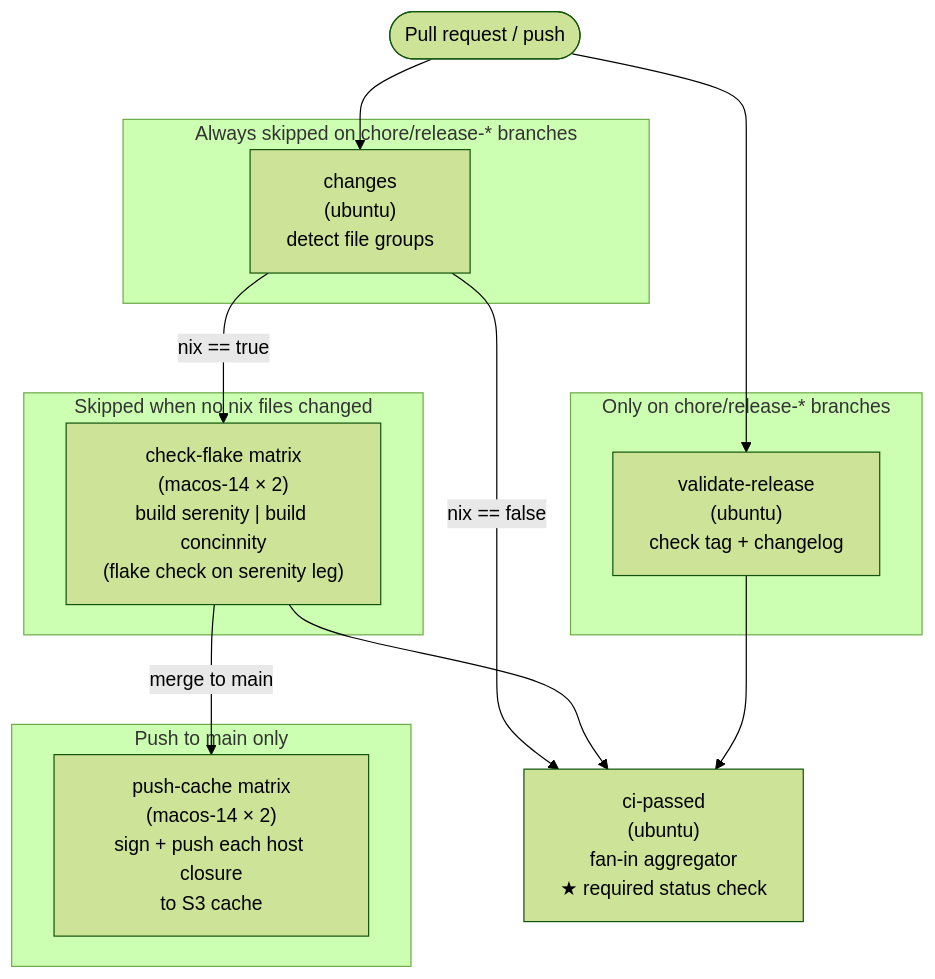
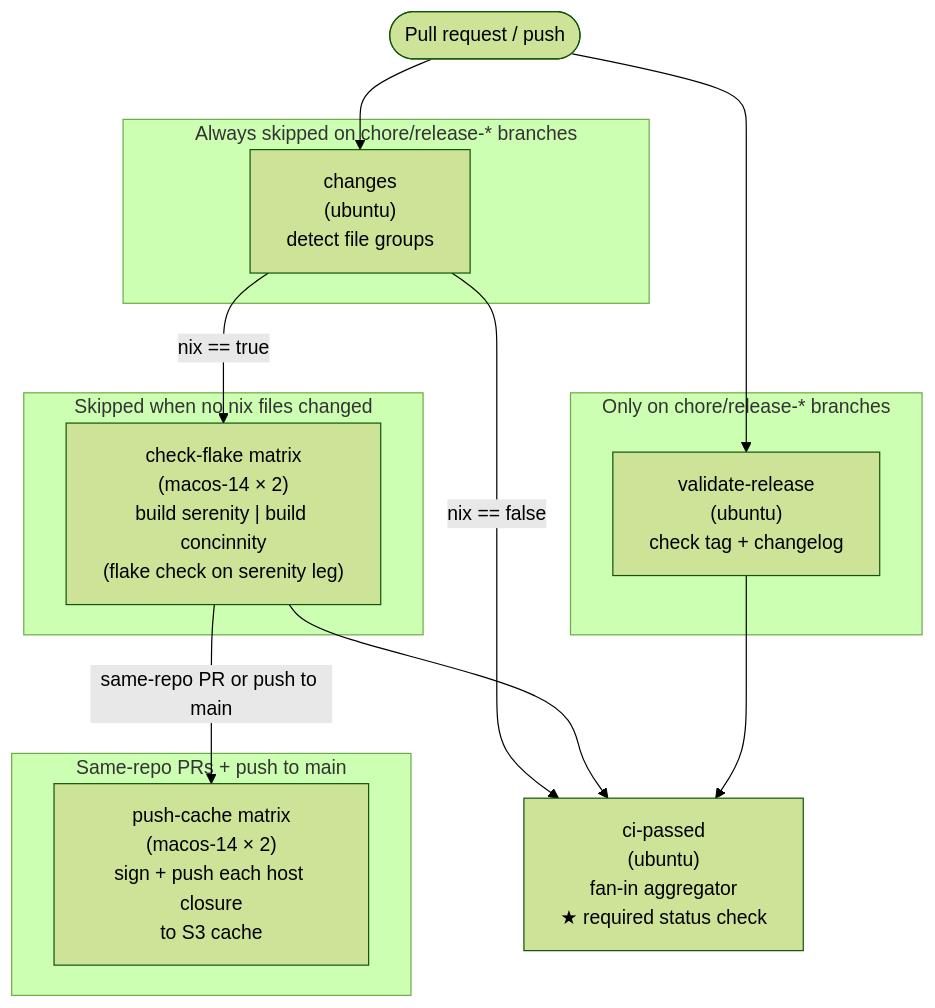
The diagram in docs/ci.md (juliusblank/nix-configs), drawn with Mermaid (forest theme) before and after one commit. The commit also changed 3 other files, not shown here.

First line of the commit message:
perf(ci): run push-cache on same-repo PRs too (#69)

````diff
--- a/docs/ci.md
+++ b/docs/ci.md
@@ -3,30 +3,30 @@
 ```mermaid
 flowchart TD
     PR([Pull request / push])
 
     subgraph "Always skipped on chore/release-* branches"
         changes["changes\n(ubuntu)\ndetect file groups"]
     end
 
     subgraph "Skipped when no nix files changed"
         check-flake["check-flake matrix\n(macos-14 × 2)\nbuild serenity | build concinnity\n(flake check on serenity leg)"]
     end
 
     subgraph "Only on chore/release-* branches"
         validate-release["validate-release\n(ubuntu)\ncheck tag + changelog"]
     end
 
     ci-passed["ci-passed\n(ubuntu)\nfan-in aggregator\n★ required status check"]
 
-    subgraph "Push to main only"
+    subgraph "Same-repo PRs + push to main"
         push-cache["push-cache matrix\n(macos-14 × 2)\nsign + push each host closure\nto S3 cache"]
     end
 
     PR --> changes
     PR --> validate-release
     changes -->|nix == true| check-flake
     changes -->|nix == false| ci-passed
     check-flake --> ci-passed
     validate-release --> ci-passed
-    check-flake -->|merge to main| push-cache
+    check-flake -->|same-repo PR or push to main| push-cache
 ```
````
